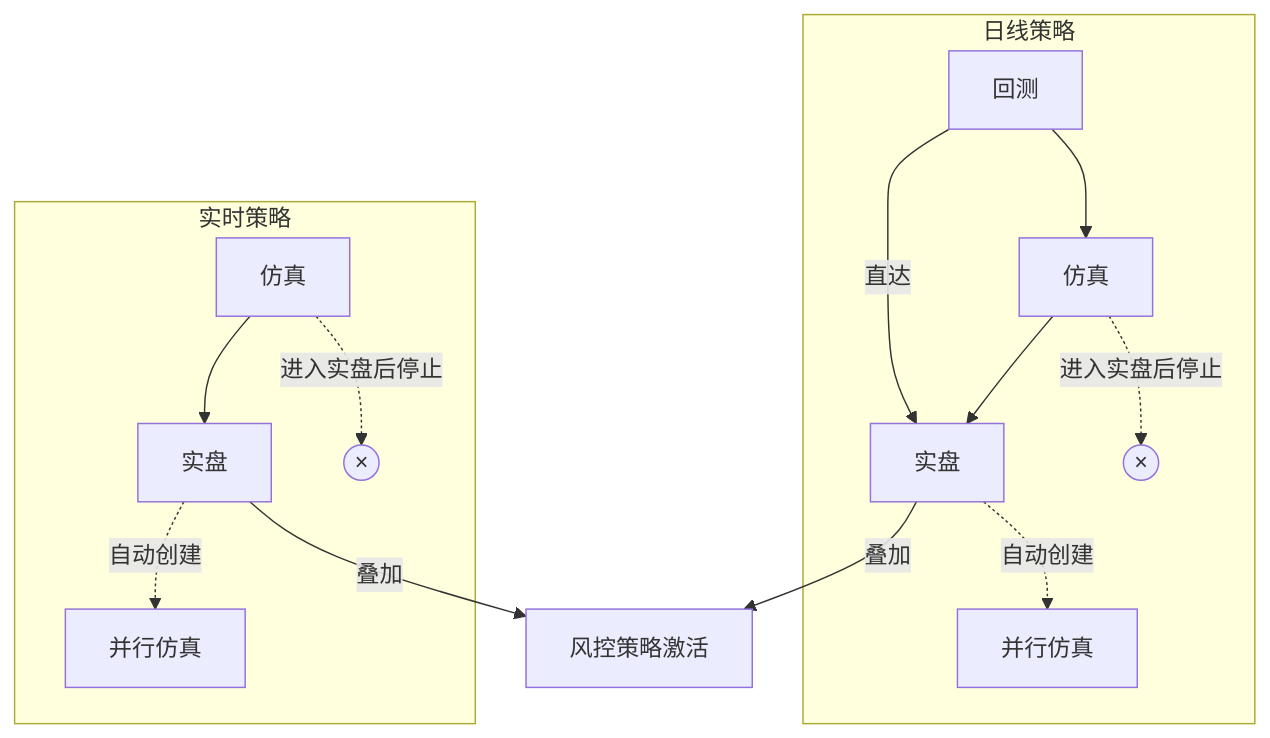
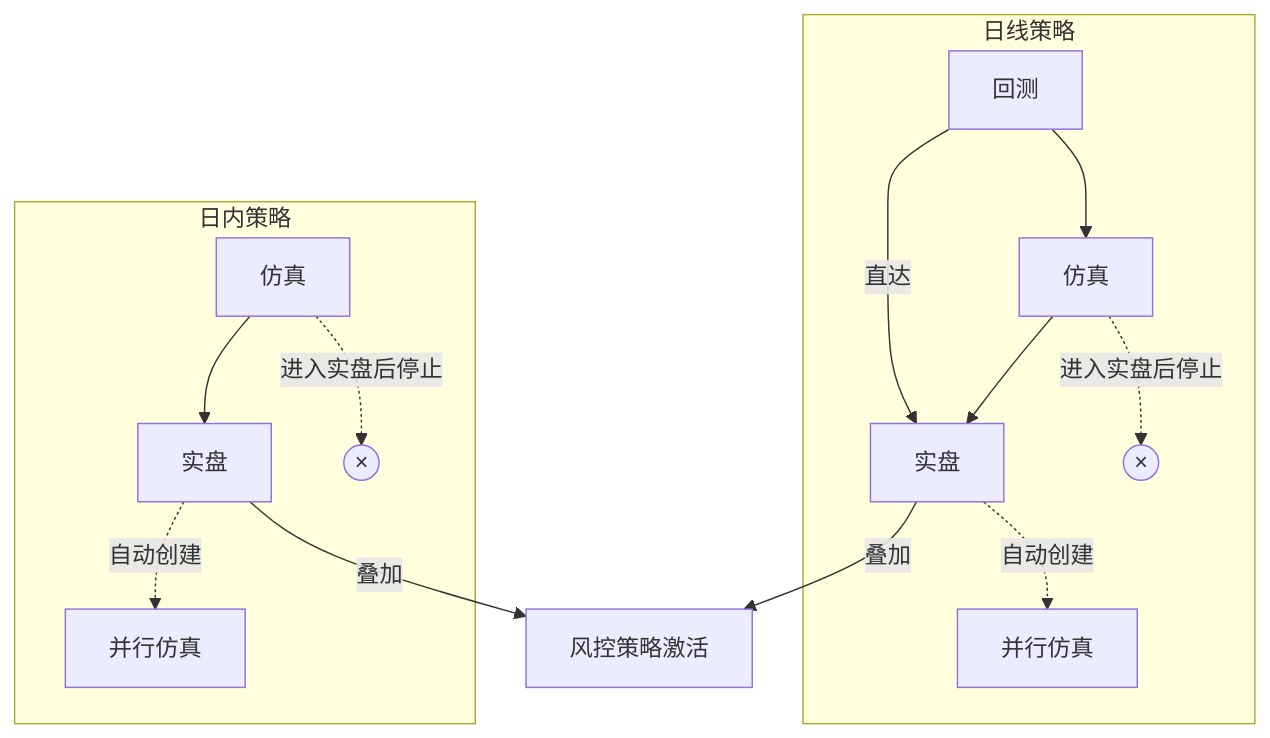
The diagram in specs/001-strategy-framework-v0.2/story.md (zillionare/millionaire), drawn with Mermaid before and after one commit. The commit also changed other lines of this file, not shown here.

````diff
--- a/specs/001-strategy-framework-v0.2/story.md
+++ b/specs/001-strategy-framework-v0.2/story.md
@@ -176,19 +183,19 @@
 ```mermaid
 graph TB
     subgraph 日线策略
         DB[回测] --> DP[仿真]
         DP --> DL[实盘]
         DP -.->|进入实盘后停止| X((×))
         DB -->|直达| DL
         DL -.->|自动创建| DP2[并行仿真]
     end
 
-    subgraph 实时策略
+    subgraph 日内策略
         RP[仿真] --> RL[实盘]
         RL -.->|自动创建| RP2[并行仿真]
         RP -.->|进入实盘后停止| Y((×))
     end
 
     DL -->|叠加| RC[风控策略激活]
     RL -->|叠加| RC
 ```
````
